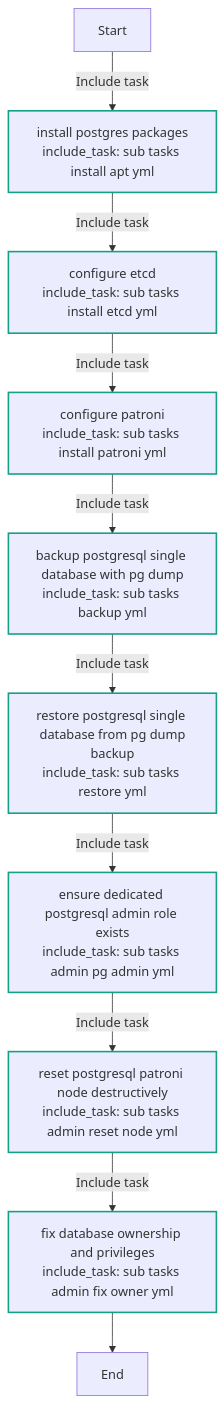
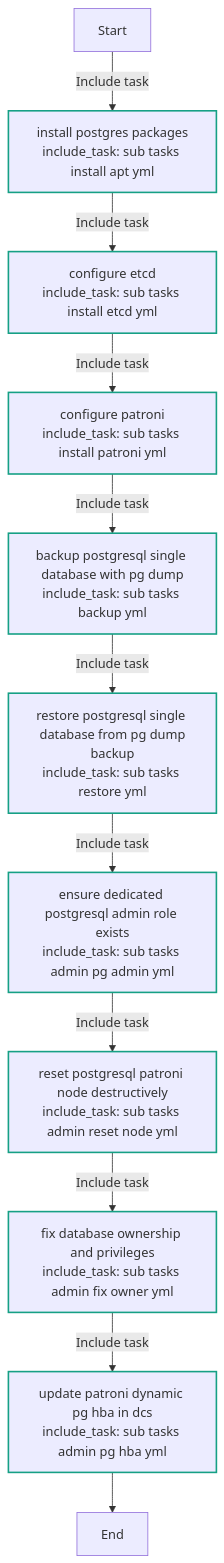
The first of 10 diagrams in ansible/roles/postgres/README.md (Lebowski89/homelab), drawn with Mermaid before and after one commit. The commit also changed other lines of this file and 33 other files, not shown here.

````diff
--- a/ansible/roles/postgres/README.md
+++ b/ansible/roles/postgres/README.md
@@ -213,22 +229,23 @@
 ```mermaid
 flowchart TD
 Start
 classDef block stroke:#3498db,stroke-width:2px;
 classDef task stroke:#4b76bb,stroke-width:2px;
 classDef includeTasks stroke:#16a085,stroke-width:2px;
 classDef importTasks stroke:#34495e,stroke-width:2px;
 classDef includeRole stroke:#2980b9,stroke-width:2px;
 classDef importRole stroke:#699ba7,stroke-width:2px;
 classDef includeVars stroke:#8e44ad,stroke-width:2px;
 classDef rescue stroke:#665352,stroke-width:2px;
 
   Start-->|Include task| Install_postgres_packages_sub_tasks_install_apt_yml_0[install postgres packages<br>include_task: sub tasks install apt yml]:::includeTasks
   Install_postgres_packages_sub_tasks_install_apt_yml_0-->|Include task| Configure_etcd_sub_tasks_install_etcd_yml_1[configure etcd<br>include_task: sub tasks install etcd yml]:::includeTasks
   Configure_etcd_sub_tasks_install_etcd_yml_1-->|Include task| Configure_Patroni_sub_tasks_install_patroni_yml_2[configure patroni<br>include_task: sub tasks install patroni yml]:::includeTasks
   Configure_Patroni_sub_tasks_install_patroni_yml_2-->|Include task| Backup_PostgreSQL_single_database_with_pg_dump_sub_tasks_backup_yml_3[backup postgresql single database with pg dump<br>include_task: sub tasks backup yml]:::includeTasks
   Backup_PostgreSQL_single_database_with_pg_dump_sub_tasks_backup_yml_3-->|Include task| Restore_PostgreSQL_single_database_from_pg_dump_backup_sub_tasks_restore_yml_4[restore postgresql single database from pg dump<br>backup<br>include_task: sub tasks restore yml]:::includeTasks
   Restore_PostgreSQL_single_database_from_pg_dump_backup_sub_tasks_restore_yml_4-->|Include task| Ensure_dedicated_PostgreSQL_admin_role_exists_sub_tasks_admin_pg_admin_yml_5[ensure dedicated postgresql admin role exists<br>include_task: sub tasks admin pg admin yml]:::includeTasks
   Ensure_dedicated_PostgreSQL_admin_role_exists_sub_tasks_admin_pg_admin_yml_5-->|Include task| Reset_PostgreSQL_Patroni_node_destructively_sub_tasks_admin_reset_node_yml_6[reset postgresql patroni node destructively<br>include_task: sub tasks admin reset node yml]:::includeTasks
   Reset_PostgreSQL_Patroni_node_destructively_sub_tasks_admin_reset_node_yml_6-->|Include task| Fix_database_ownership_and_privileges_sub_tasks_admin_fix_owner_yml_7[fix database ownership and privileges<br>include_task: sub tasks admin fix owner yml]:::includeTasks
-  Fix_database_ownership_and_privileges_sub_tasks_admin_fix_owner_yml_7-->End
+  Fix_database_ownership_and_privileges_sub_tasks_admin_fix_owner_yml_7-->|Include task| Update_Patroni_dynamic_pg_hba_in_DCS_sub_tasks_admin_pg_hba_yml_8[update patroni dynamic pg hba in dcs<br>include_task: sub tasks admin pg hba yml]:::includeTasks
+  Update_Patroni_dynamic_pg_hba_in_DCS_sub_tasks_admin_pg_hba_yml_8-->End
 ```
````
